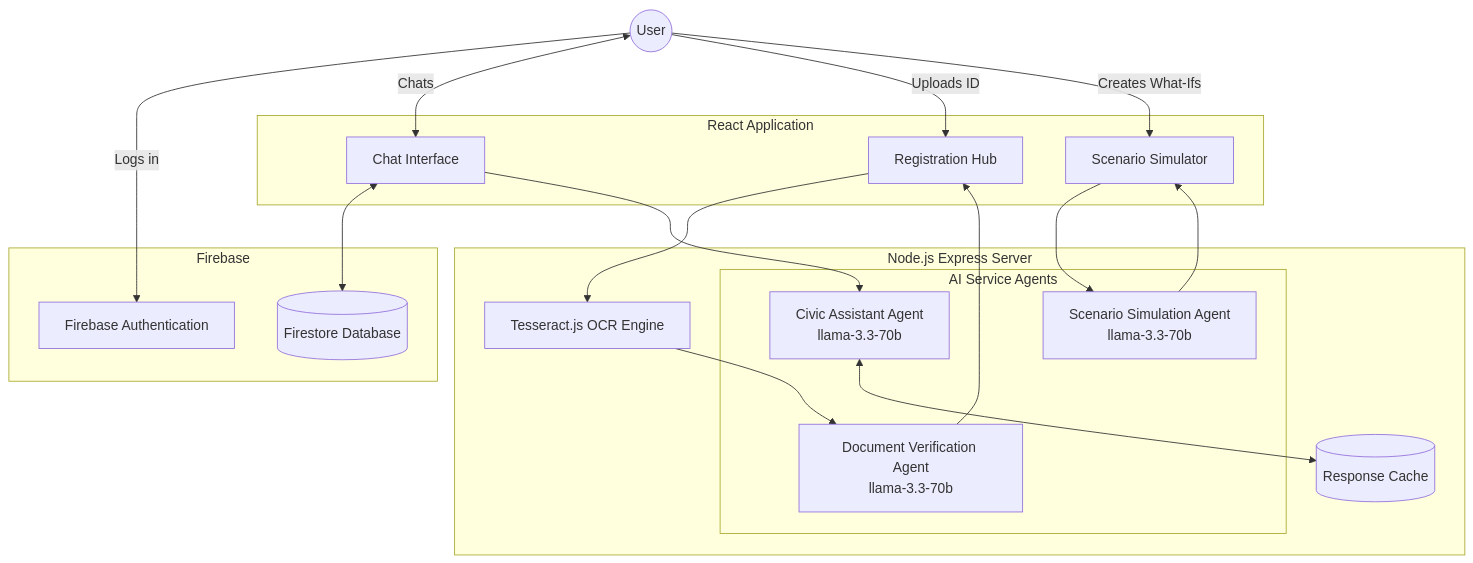
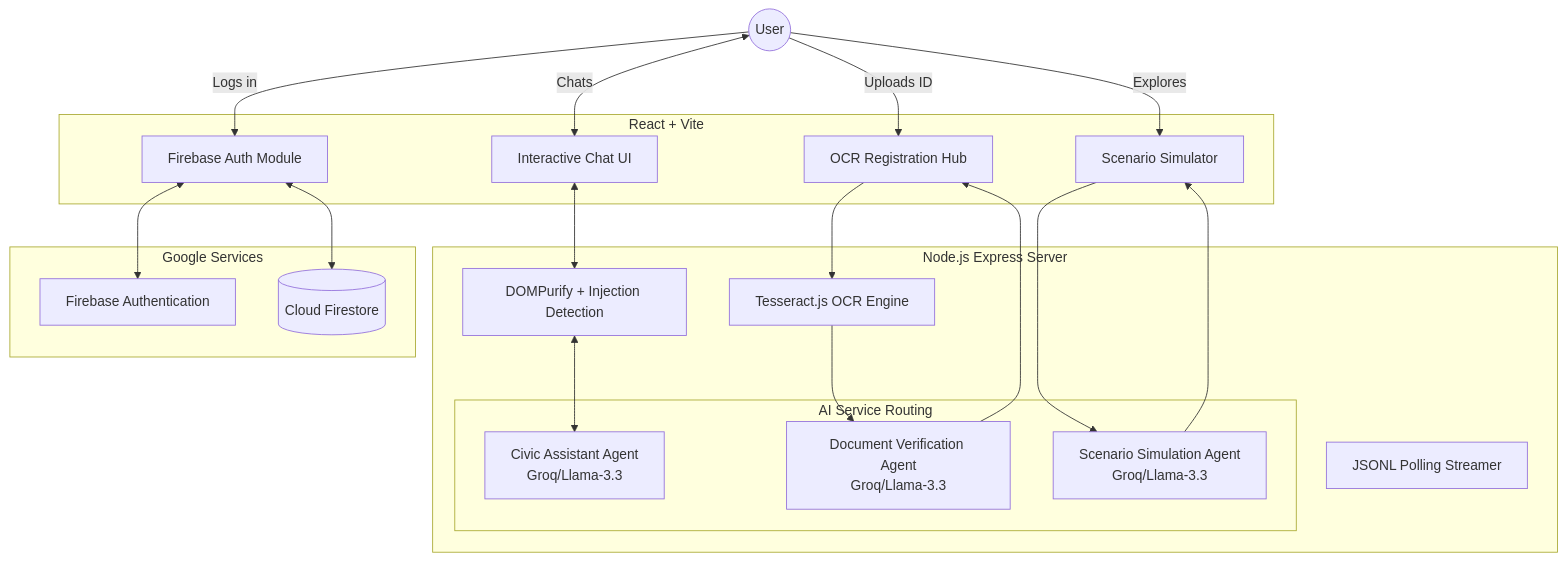
Before and after one commit to avanshh99/CivicQ: the diagram in README.md, drawn with Mermaid. The commit also changed other lines of this file, not shown here.

Commit message:
docs: Comprehensive Architect & Judge Evaluation upgrade

````diff
--- a/README.md
+++ b/README.md
@@ -20,43 +15,47 @@
 ```mermaid
 graph TD
     User((User))
     
-    subgraph Frontend [React Application]
-        ChatUI[Chat Interface]
-        RegUI[Registration Hub]
+    subgraph Frontend [React + Vite]
+        ChatUI[Interactive Chat UI]
+        RegUI[OCR Registration Hub]
         ScenUI[Scenario Simulator]
+        AuthUI[Firebase Auth Module]
     end
     
     subgraph Backend [Node.js Express Server]
-        subgraph Agents [AI Service Agents]
-            ChatAgent[Civic Assistant Agent<br/>llama-3.3-70b]
-            VerifyAgent[Document Verification Agent<br/>llama-3.3-70b]
-            SimAgent[Scenario Simulation Agent<br/>llama-3.3-70b]
+        subgraph Agents [AI Service Routing]
+            ChatAgent[Civic Assistant Agent<br/>Groq/Llama-3.3]
+            VerifyAgent[Document Verification Agent<br/>Groq/Llama-3.3]
+            SimAgent[Scenario Simulation Agent<br/>Groq/Llama-3.3]
         end
         
         OCR[Tesseract.js OCR Engine]
-        Cache[(Response Cache)]
+        Stream[JSONL Polling Streamer]
+        Sanitizer[DOMPurify + Injection Detection]
     end
     
-    subgraph Cloud [Firebase]
+    subgraph Google Cloud [Google Services]
         Auth[Firebase Authentication]
-        DB[(Firestore Database)]
+        DB[(Cloud Firestore)]
     end
     
     %% Connections
-    User -->|Logs in| Auth
+    User -->|Logs in| AuthUI
+    AuthUI <--> Auth
+    AuthUI <--> DB
+    
     User <-->|Chats| ChatUI
     User -->|Uploads ID| RegUI
-    User -->|Creates What-Ifs| ScenUI
+    User -->|Explores| ScenUI
     
-    ChatUI <--> DB
-    ChatUI --> ChatAgent
-    ChatAgent <--> Cache
+    ChatUI <--> Sanitizer
+    Sanitizer <--> ChatAgent
     
     RegUI --> OCR
     OCR --> VerifyAgent
     VerifyAgent --> RegUI
     
     ScenUI --> SimAgent
     SimAgent --> ScenUI
 ```
````
